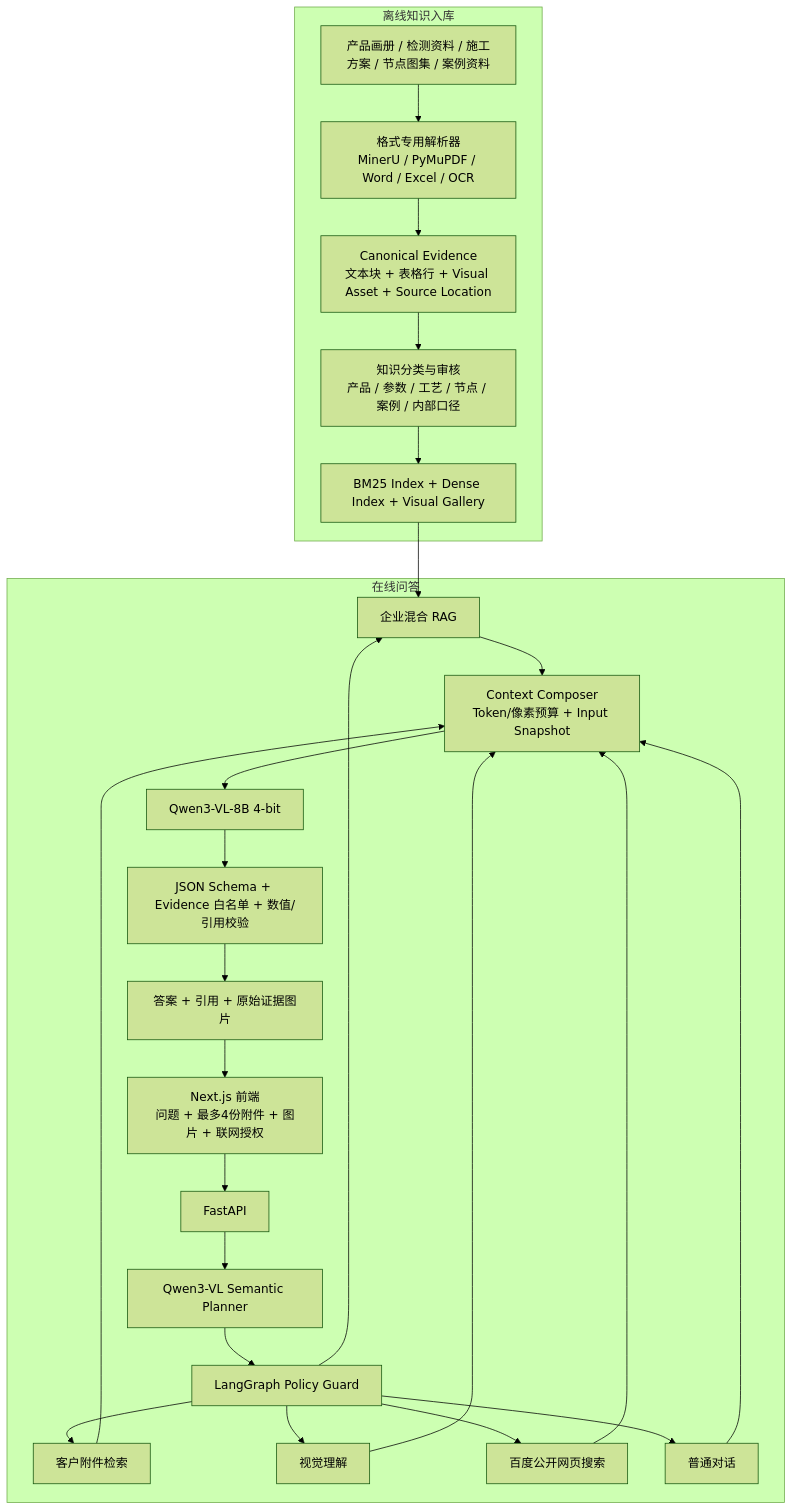
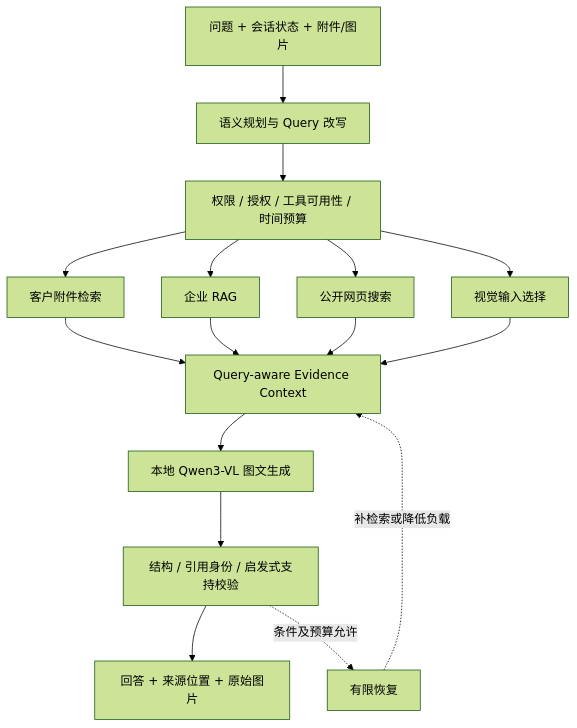
One commit to MaSunKing/facade-multimodal-rag-agent changed the diagram in README.md. Above: the diagram before and after it, drawn with Mermaid (forest theme). The commit also changed other lines of this file and 72 other files, not shown here.

````diff
--- a/README.md
+++ b/README.md
@@ -138,40 +9,18 @@
 ```mermaid
-flowchart TB
-    subgraph Offline[离线知识入库]
-        S1[产品画册 / 检测资料 / 施工方案 / 节点图集 / 案例资料]
-        S2[格式专用解析器\nMinerU / PyMuPDF / Word / Excel / OCR]
-        S3[Canonical Evidence\n文本块 + 表格行 + Visual Asset + Source Location]
-        S4[知识分类与审核\n产品 / 参数 / 工艺 / 节点 / 案例 / 内部口径]
-        S5[BM25 Index + Dense Index + Visual Gallery]
-        S1 --> S2 --> S3 --> S4 --> S5
-    end
-
-    subgraph Online[在线问答]
-        U[Next.js 前端\n问题 + 最多4份附件 + 图片 + 联网授权]
-        API[FastAPI]
-        P[Qwen3-VL Semantic Planner]
-        G[LangGraph Policy Guard]
-        T1[客户附件检索]
-        T2[企业混合 RAG]
-        T3[视觉理解]
-        T4[百度公开网页搜索]
-        T5[普通对话]
-        C[Context Composer\nToken/像素预算 + Input Snapshot]
-        M[Qwen3-VL-8B 4-bit]
-        V[JSON Schema + Evidence 白名单 + 数值/引用校验]
-        O[答案 + 引用 + 原始证据图片]
-        U --> API --> P --> G
-        G --> T1
-        G --> T2
-        G --> T3
-        G --> T4
-        G --> T5
-        T1 --> C
-        T2 --> C
-        T3 --> C
-        T4 --> C
-        T5 --> C
-        C --> M --> V --> O --> U
-        S5 --> T2
-    end
+flowchart TD
+    Q[问题 + 会话状态 + 附件/图片] --> P[语义规划与 Query 改写]
+    P --> G[权限 / 授权 / 工具可用性 / 时间预算]
+    G --> A[客户附件检索]
+    G --> R[企业 RAG]
+    G --> W[公开网页搜索]
+    G --> V[视觉输入选择]
+    A --> C[Query-aware Evidence Context]
+    R --> C
+    W --> C
+    V --> C
+    C --> M[本地 Qwen3-VL 图文生成]
+    M --> K[结构 / 引用身份 / 启发式支持校验]
+    K --> O[回答 + 来源位置 + 原始图片]
+    K -. 条件及预算允许 .-> B[有限恢复]
+    B -. 补检索或降低负载 .-> C
 ```
````
